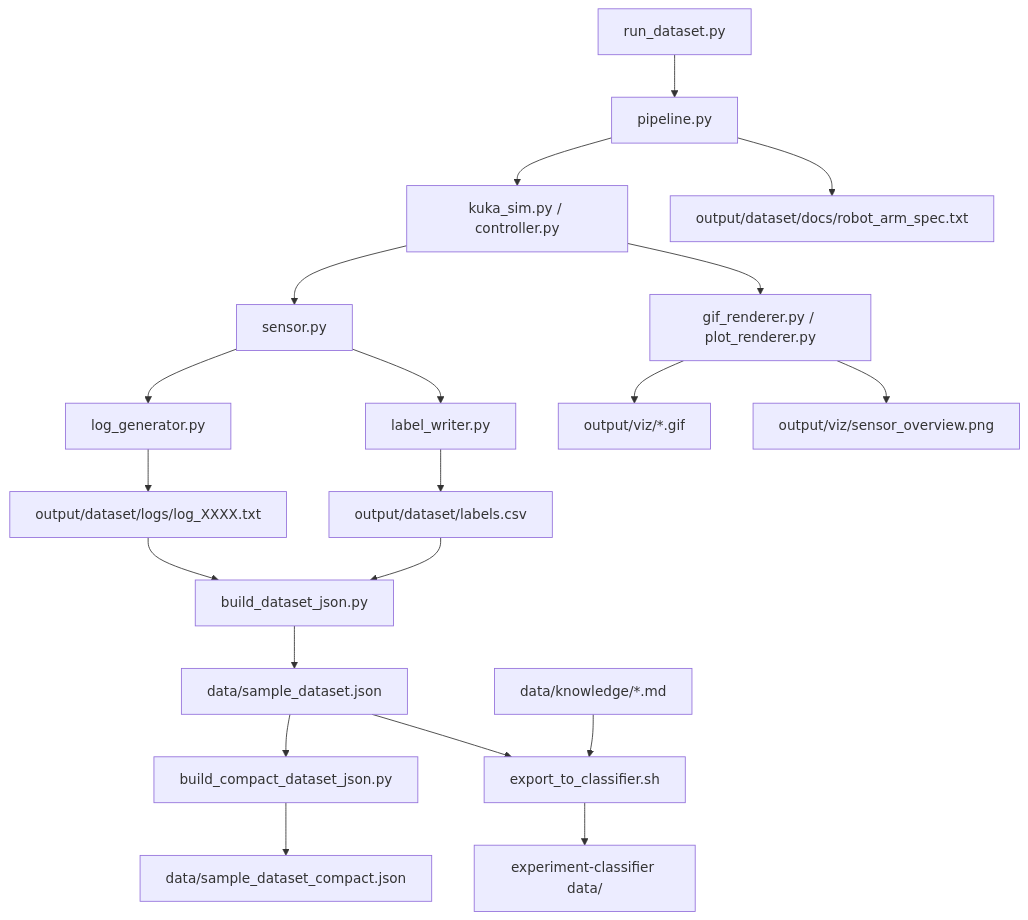
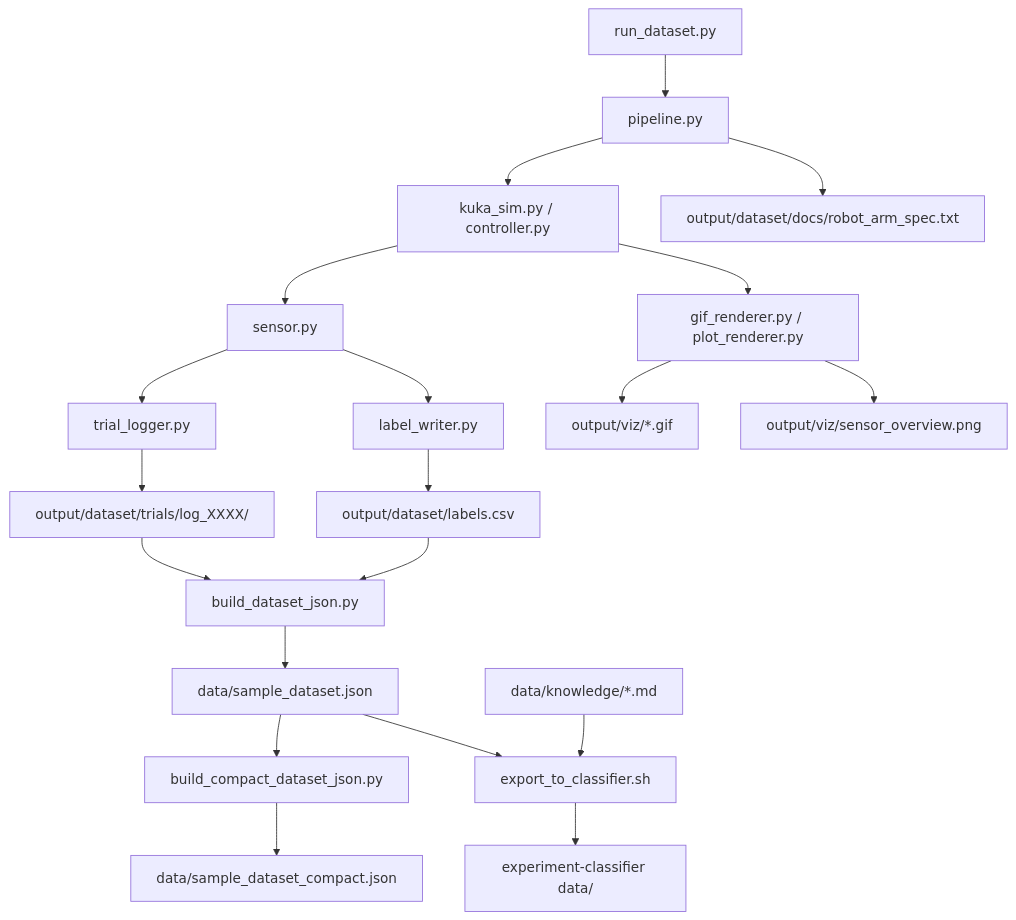
One commit to hayato-akagi/robot-fault-sim changed the first of 2 diagrams in README.md. Above: the diagram before and after it, drawn with Mermaid. The commit also changed other lines of this file and 12 other files, not shown here.

````diff
--- a/README.md
+++ b/README.md
@@ -32,26 +67,26 @@
 ```mermaid
 flowchart TD
   A[run_dataset.py] --> B[pipeline.py]
   B --> C[kuka_sim.py / controller.py]
   C --> D[sensor.py]
-  D --> E[log_generator.py]
+  D --> E[trial_logger.py]
   D --> F[label_writer.py]
   C --> G[gif_renderer.py / plot_renderer.py]
 
-  E --> H[output/dataset/logs/log_XXXX.txt]
+  E --> H[output/dataset/trials/log_XXXX/]
   F --> I[output/dataset/labels.csv]
   B --> J[output/dataset/docs/robot_arm_spec.txt]
   G --> K[output/viz/*.gif]
   G --> L[output/viz/sensor_overview.png]
 
   H --> M[build_dataset_json.py]
   I --> M
   M --> N[data/sample_dataset.json]
 
   N --> O[build_compact_dataset_json.py]
   O --> P[data/sample_dataset_compact.json]
 
   N --> Q[export_to_classifier.sh]
   R[data/knowledge/*.md] --> Q
   Q --> S[experiment-classifier data/]
 ```
````
